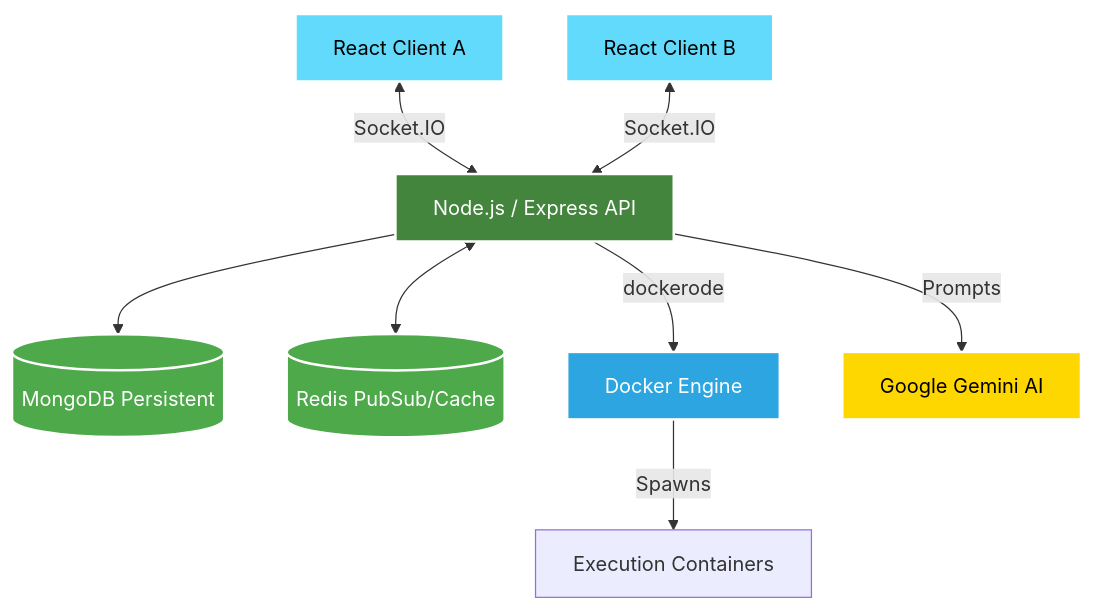
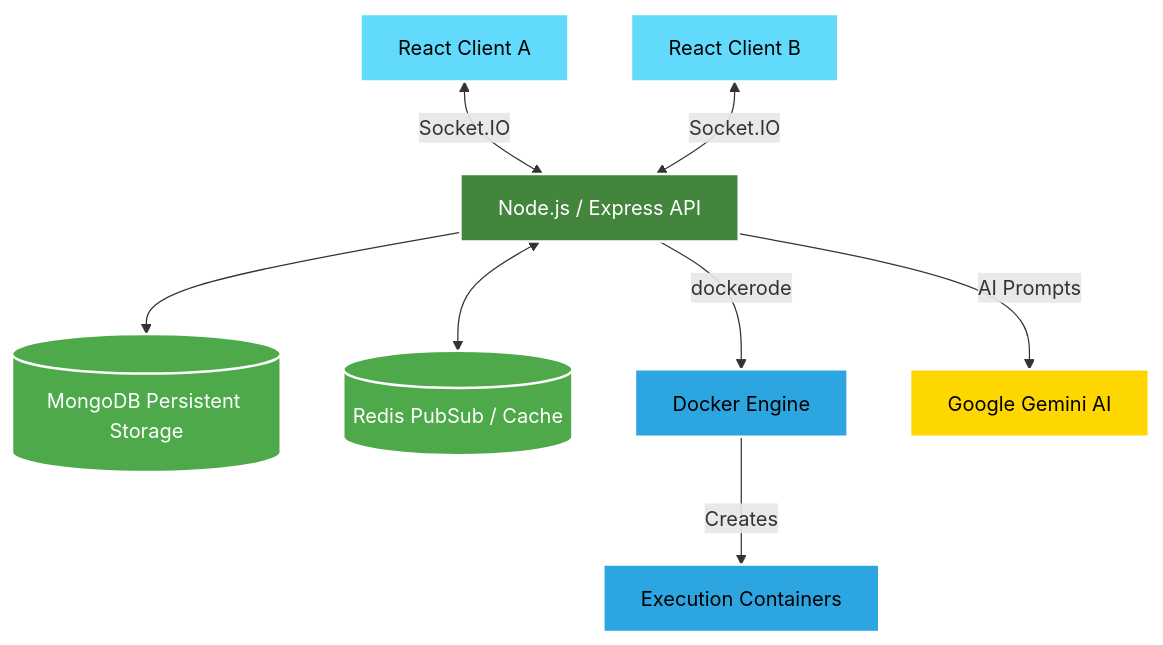
Before and after one commit to Kunal-Bagul/CodeCrew: the first of 3 diagrams in README.md, drawn with Mermaid. The commit also changed other lines of this file, not shown here.

````diff
--- a/README.md
+++ b/README.md
@@ -68,24 +79,25 @@
 ```mermaid
 graph TD
     classDef frontend fill:#61DAFB,stroke:#fff,stroke-width:2px,color:#000;
     classDef backend fill:#43853D,stroke:#fff,stroke-width:2px,color:#fff;
     classDef database fill:#4EA94B,stroke:#fff,stroke-width:2px,color:#fff;
     classDef ai fill:#FFD700,stroke:#fff,stroke-width:2px,color:#000;
-    classDef docker fill:#2CA5E0,stroke:#fff,stroke-width:2px,color:#fff;
+    classDef docker fill:#2CA5E0,stroke:#fff,stroke-width:2px,color:#000;
 
     C1[React Client A]:::frontend
     C2[React Client B]:::frontend
     API[Node.js / Express API]:::backend
-    Mongo[(MongoDB Persistent)]:::database
-    Red[(Redis PubSub/Cache)]:::database
+    Mongo[(MongoDB Persistent Storage)]:::database
+    Red[(Redis PubSub / Cache)]:::database
     Engine[Docker Engine]:::docker
     Gem[Google Gemini AI]:::ai
+    Sandboxes[Execution Containers]:::docker
 
     C1 <-->|Socket.IO| API
     C2 <-->|Socket.IO| API
     API --> Mongo
     API <--> Red
     API -->|dockerode| Engine
-    Engine -->|Spawns| Sandboxes[Execution Containers]
-    API -->|Prompts| Gem
+    Engine -->|Creates| Sandboxes
+    API -->|AI Prompts| Gem
 ```
````
